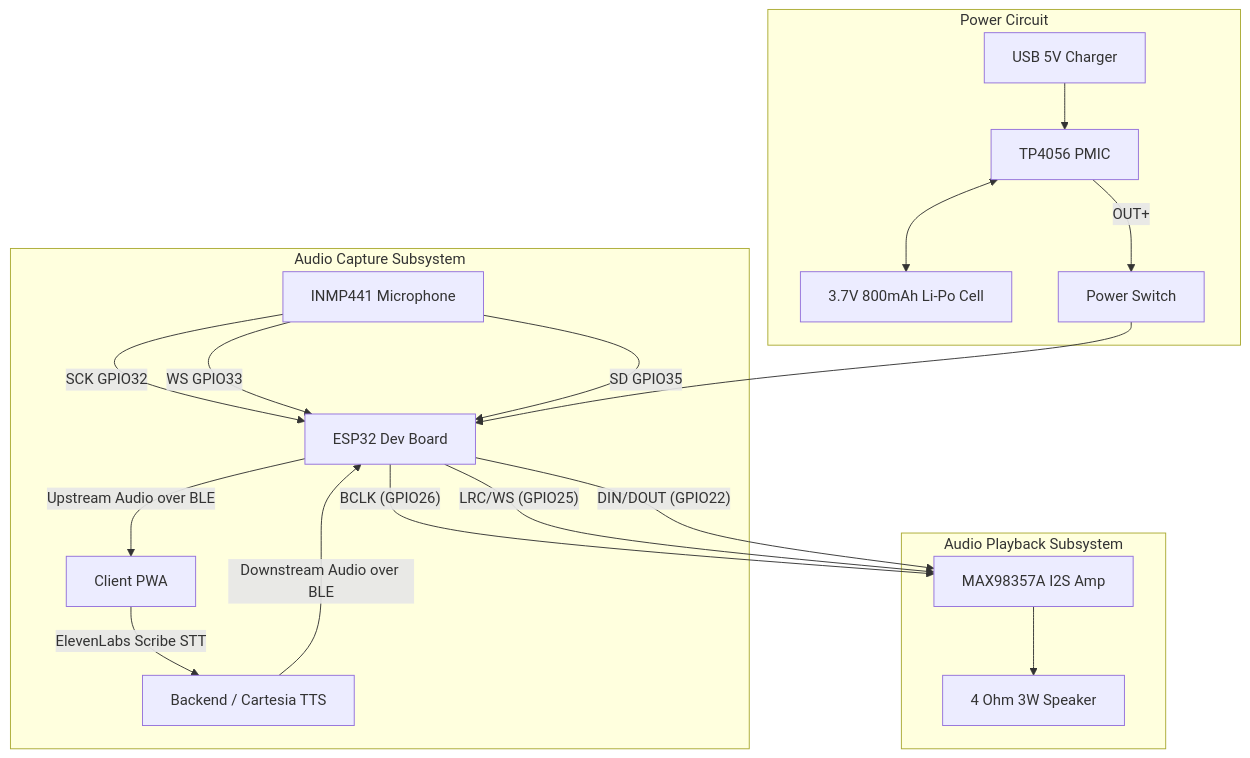
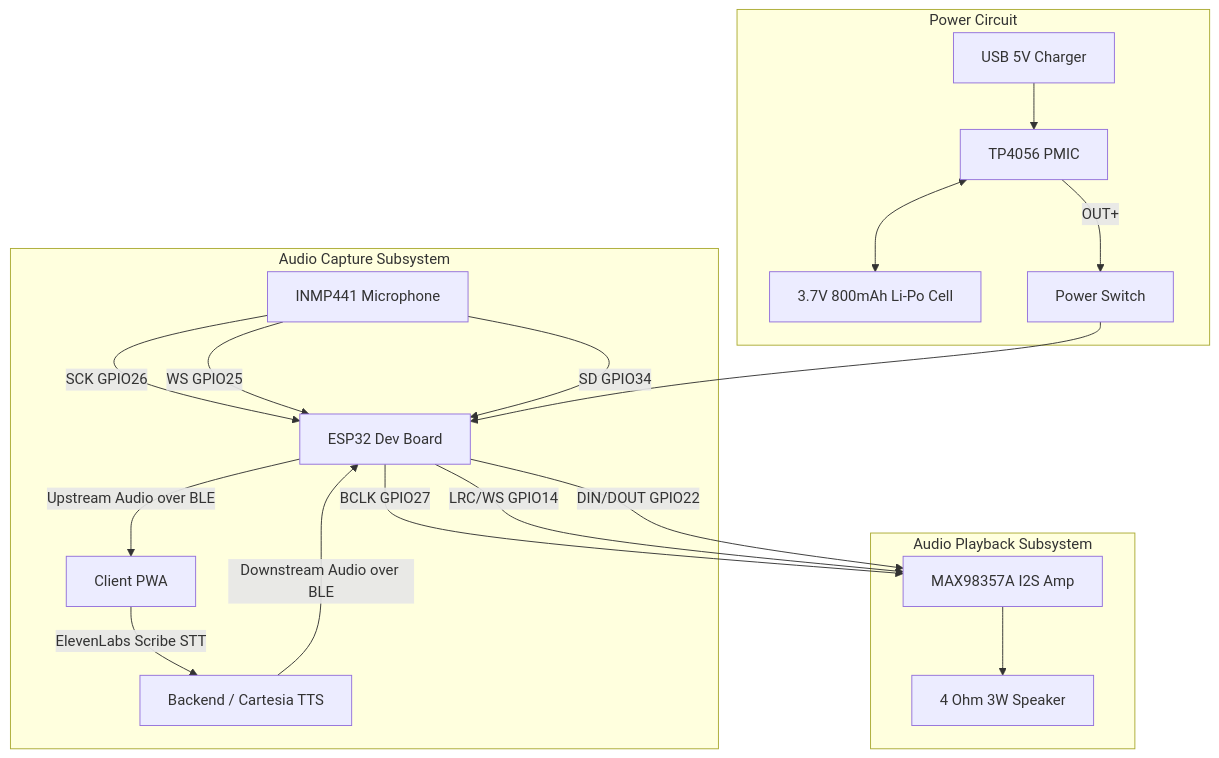
One commit to srividya1004/voiceback changed the diagram in docs/HARDWARE.md. Above: the diagram before and after it, drawn with Mermaid. The commit also changed other lines of this file and 51 other files, not shown here.

````diff
--- a/docs/HARDWARE.md
+++ b/docs/HARDWARE.md
@@ -47,24 +61,24 @@
 ```mermaid
 graph TD
     subgraph Audio Capture Subsystem
-        MIC[INMP441 Microphone] -- SCK GPIO32 --> ESP32[ESP32 Dev Board]
-        MIC -- WS GPIO33 --> ESP32
-        MIC -- SD GPIO35 --> ESP32
+        MIC[INMP441 Microphone] -- SCK GPIO26 --> ESP32[ESP32 Dev Board]
+        MIC -- WS GPIO25 --> ESP32
+        MIC -- SD GPIO34 --> ESP32
         ESP32 -- Upstream Audio over BLE --> HOST[Client PWA]
         HOST -- ElevenLabs Scribe STT --> CLOUD[Backend / Cartesia TTS]
     end
 
     subgraph Audio Playback Subsystem
         CLOUD -- Downstream Audio over BLE --> ESP32
-        ESP32 -- BCLK (GPIO26) --> AMP[MAX98357A I2S Amp]
-        ESP32 -- LRC/WS (GPIO25) --> AMP
-        ESP32 -- DIN/DOUT (GPIO22) --> AMP
+        ESP32 -- BCLK GPIO27 --> AMP[MAX98357A I2S Amp]
+        ESP32 -- LRC/WS GPIO14 --> AMP
+        ESP32 -- DIN/DOUT GPIO22 --> AMP
         AMP --> SPK[4 Ohm 3W Speaker]
     end
 
     subgraph Power Circuit
         USB[USB 5V Charger] --> CHG[TP4056 PMIC]
         CHG <--> BAT[3.7V 800mAh Li-Po Cell]
         CHG -- OUT+ --> SW[Power Switch] --> ESP32
     end
 ```
````
